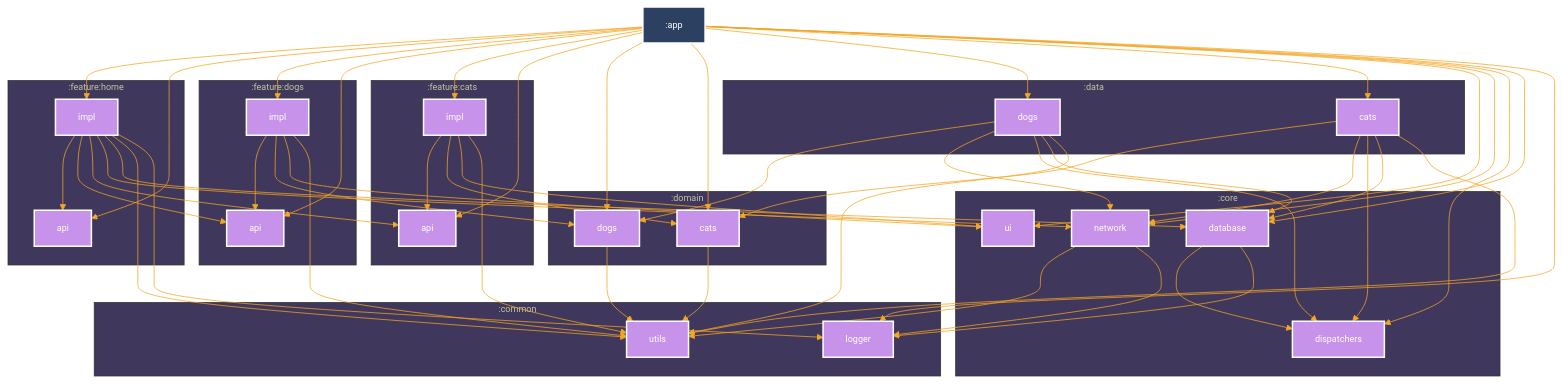
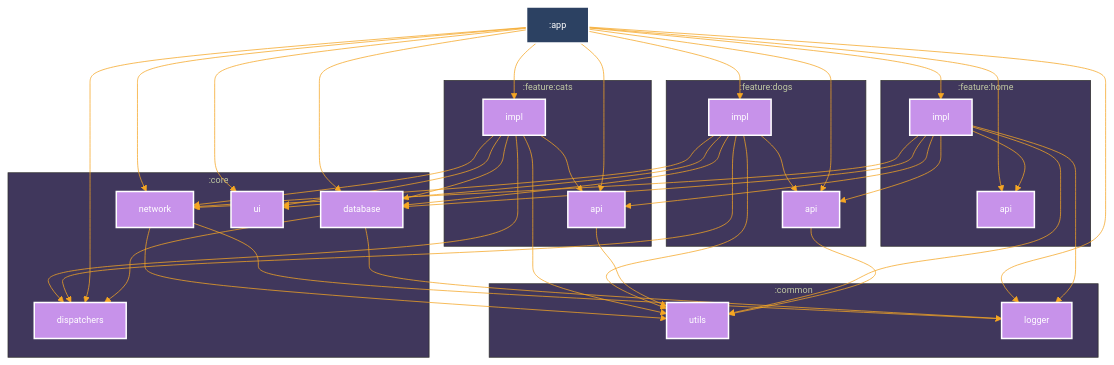
Before and after one commit to alexmprog/ThePets: the diagram in README.md, drawn with Mermaid.

Commit message:
update modules graph

```diff
--- a/README.md
+++ b/README.md
@@ -34,22 +34,14 @@
 
 graph TB
   subgraph :common
+    :common:utils["utils"]
     :common:logger["logger"]
-    :common:utils["utils"]
   end
   subgraph :core
     :core:database["database"]
     :core:dispatchers["dispatchers"]
     :core:network["network"]
     :core:ui["ui"]
-  end
-  subgraph :data
-    :data:cats["cats"]
-    :data:dogs["dogs"]
-  end
-  subgraph :domain
-    :domain:cats["cats"]
-    :domain:dogs["dogs"]
   end
   subgraph :feature:cats
     :feature:cats:api["api"]
@@ -63,6 +55,7 @@
     :feature:home:impl["impl"]
     :feature:home:api["api"]
   end
+  :feature:dogs:api --> :common:utils
   :core:database --> :common:logger
   :core:database --> :core:dispatchers
   :feature:home:impl --> :common:logger
@@ -72,20 +65,12 @@
   :feature:home:impl --> :feature:cats:api
   :feature:home:impl --> :feature:dogs:api
   :feature:home:impl --> :feature:home:api
-  :data:cats --> :common:utils
-  :data:cats --> :core:database
-  :data:cats --> :core:dispatchers
-  :data:cats --> :core:network
-  :data:cats --> :domain:cats
+  :feature:cats:api --> :common:utils
   :app --> :common:logger
   :app --> :core:database
   :app --> :core:dispatchers
   :app --> :core:network
   :app --> :core:ui
-  :app --> :data:cats
-  :app --> :data:dogs
-  :app --> :domain:cats
-  :app --> :domain:dogs
   :app --> :feature:cats:api
   :app --> :feature:cats:impl
   :app --> :feature:dogs:api
@@ -94,39 +79,32 @@
   :app --> :feature:home:impl
   :core:network --> :common:logger
   :core:network --> :common:utils
-  :data:dogs --> :common:utils
-  :data:dogs --> :core:database
-  :data:dogs --> :core:dispatchers
-  :data:dogs --> :core:network
-  :data:dogs --> :domain:dogs
-  :domain:cats --> :common:utils
   :feature:dogs:impl --> :common:utils
+  :feature:dogs:impl --> :core:database
+  :feature:dogs:impl --> :core:dispatchers
+  :feature:dogs:impl --> :core:network
   :feature:dogs:impl --> :core:ui
-  :feature:dogs:impl --> :domain:dogs
   :feature:dogs:impl --> :feature:dogs:api
-  :domain:dogs --> :common:utils
   :feature:cats:impl --> :common:utils
   :feature:cats:impl --> :core:ui
-  :feature:cats:impl --> :domain:cats
   :feature:cats:impl --> :feature:cats:api
+  :feature:cats:impl --> :core:database
+  :feature:cats:impl --> :core:dispatchers
+  :feature:cats:impl --> :core:network
 
 classDef kotlin-multiplatform fill:#C792EA,stroke:#fff,stroke-width:2px,color:#fff;
 classDef android-application fill:#2C4162,stroke:#fff,stroke-width:2px,color:#fff;
+class :feature:dogs:api kotlin-multiplatform
+class :common:utils kotlin-multiplatform
 class :core:database kotlin-multiplatform
 class :common:logger kotlin-multiplatform
 class :core:dispatchers kotlin-multiplatform
 class :feature:home:impl kotlin-multiplatform
-class :common:utils kotlin-multiplatform
 class :core:network kotlin-multiplatform
 class :feature:cats:api kotlin-multiplatform
-class :feature:dogs:api kotlin-multiplatform
 class :feature:home:api kotlin-multiplatform
-class :data:cats kotlin-multiplatform
-class :domain:cats kotlin-multiplatform
 class :app android-application
 class :core:ui kotlin-multiplatform
-class :data:dogs kotlin-multiplatform
-class :domain:dogs kotlin-multiplatform
 class :feature:cats:impl kotlin-multiplatform
 class :feature:dogs:impl kotlin-multiplatform
 
```
